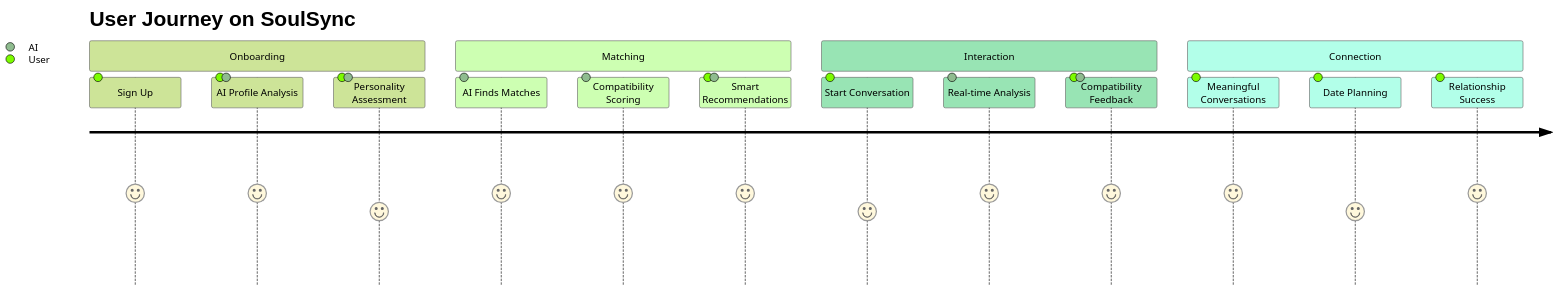
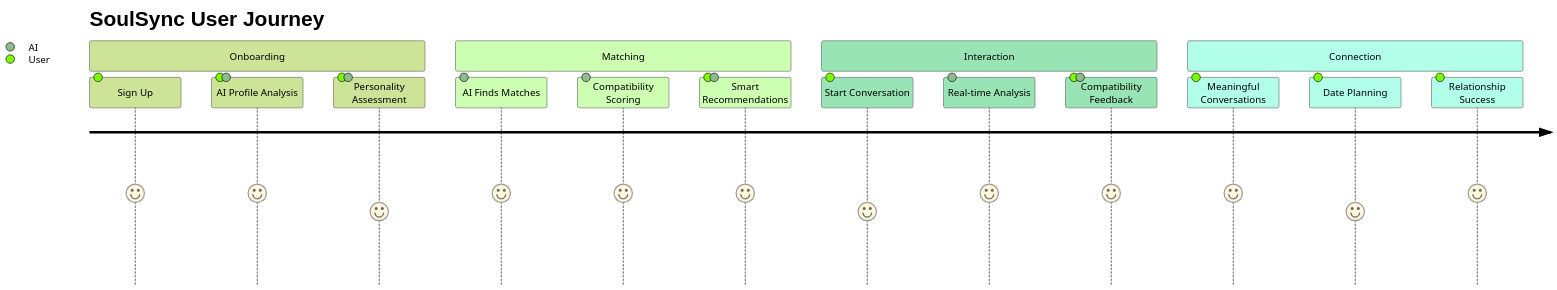
Before and after one commit to SDpDas/SoulSync: the fourth of 13 diagrams in README.md, drawn with Mermaid (forest theme). The commit also changed other lines of this file and 26 other files, not shown here.

````diff
--- a/README.md
+++ b/README.md
@@ -111,20 +111,20 @@
 ```mermaid
 journey
-    title User Journey on SoulSync
+    title SoulSync User Journey
     section Onboarding
       Sign Up: 5: User
       AI Profile Analysis: 5: User, AI
       Personality Assessment: 4: User, AI
     section Matching
       AI Finds Matches: 5: AI
       Compatibility Scoring: 5: AI
       Smart Recommendations: 5: User, AI
     section Interaction
       Start Conversation: 4: User
       Real-time Analysis: 5: AI
       Compatibility Feedback: 5: User, AI
     section Connection
       Meaningful Conversations: 5: User
       Date Planning: 4: User
       Relationship Success: 5: User
 ```
````
